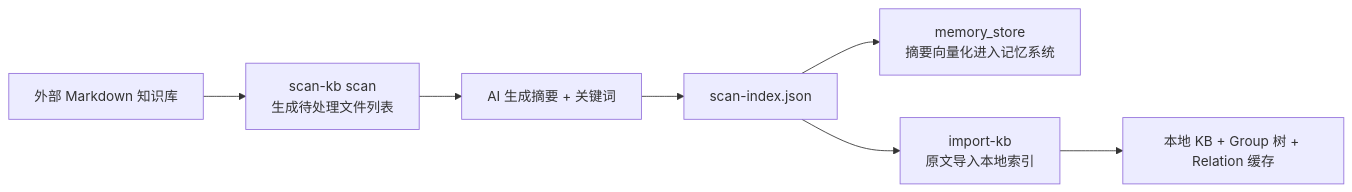
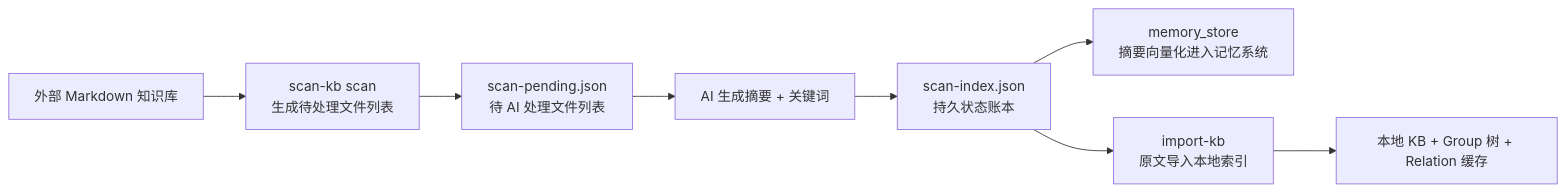
The fourth of 4 diagrams in knowledge-index/docs/architecture.md (HACK-WU/memory-lancedb-mcp), drawn with Mermaid before and after one commit. The commit also changed other lines of this file and 4 other files, not shown here.

First line of the commit message:
docs: 补充数据文件关系文档，说明 index.json key 差异和 scan-pending.json 作用

````diff
--- a/knowledge-index/docs/architecture.md
+++ b/knowledge-index/docs/architecture.md
@@ -93,9 +127,10 @@
 ```mermaid
 flowchart LR
     EXT[外部 Markdown 知识库] --> SCAN[scan-kb scan<br/>生成待处理文件列表]
-    SCAN --> AI[AI 生成摘要 + 关键词]
-    AI --> IDX[scan-index.json]
+    SCAN --> SP[scan-pending.json<br/>待 AI 处理文件列表]
+    SP --> AI[AI 生成摘要 + 关键词]
+    AI --> IDX[scan-index.json<br/>持久状态账本]
     IDX --> VEC[memory_store<br/>摘要向量化进入记忆系统]
     IDX --> IMP[import-kb<br/>原文导入本地索引]
     IMP --> KB[本地 KB + Group 树 + Relation 缓存]
 ```
````
